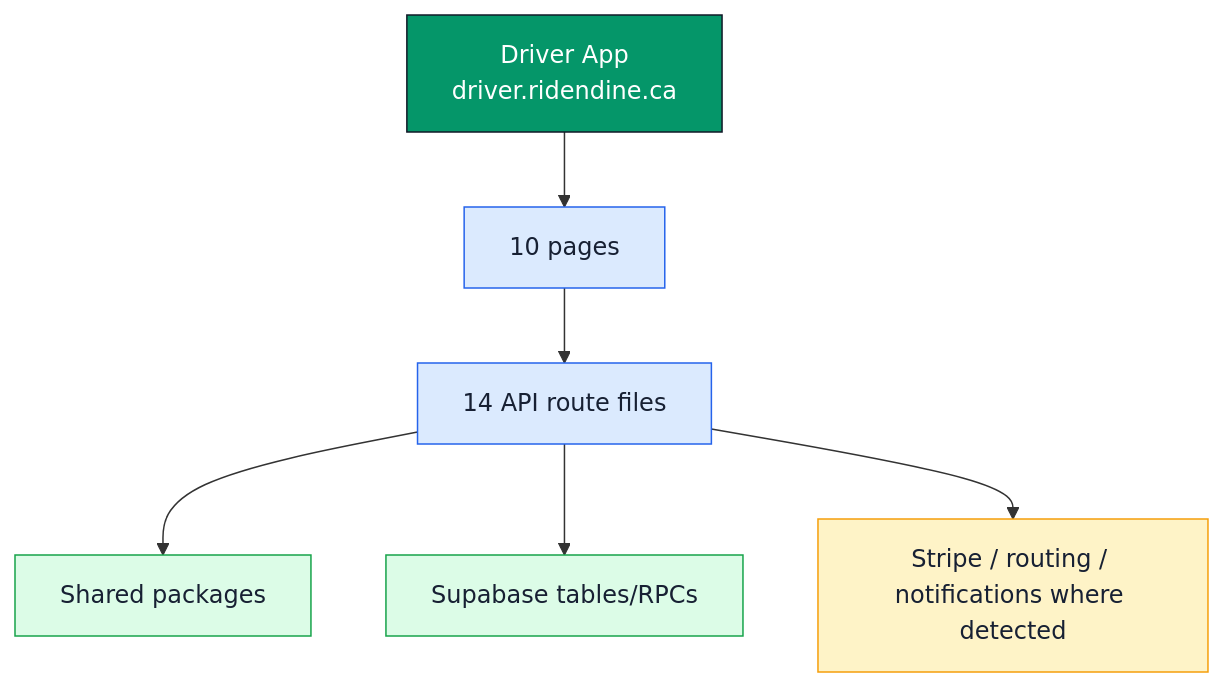
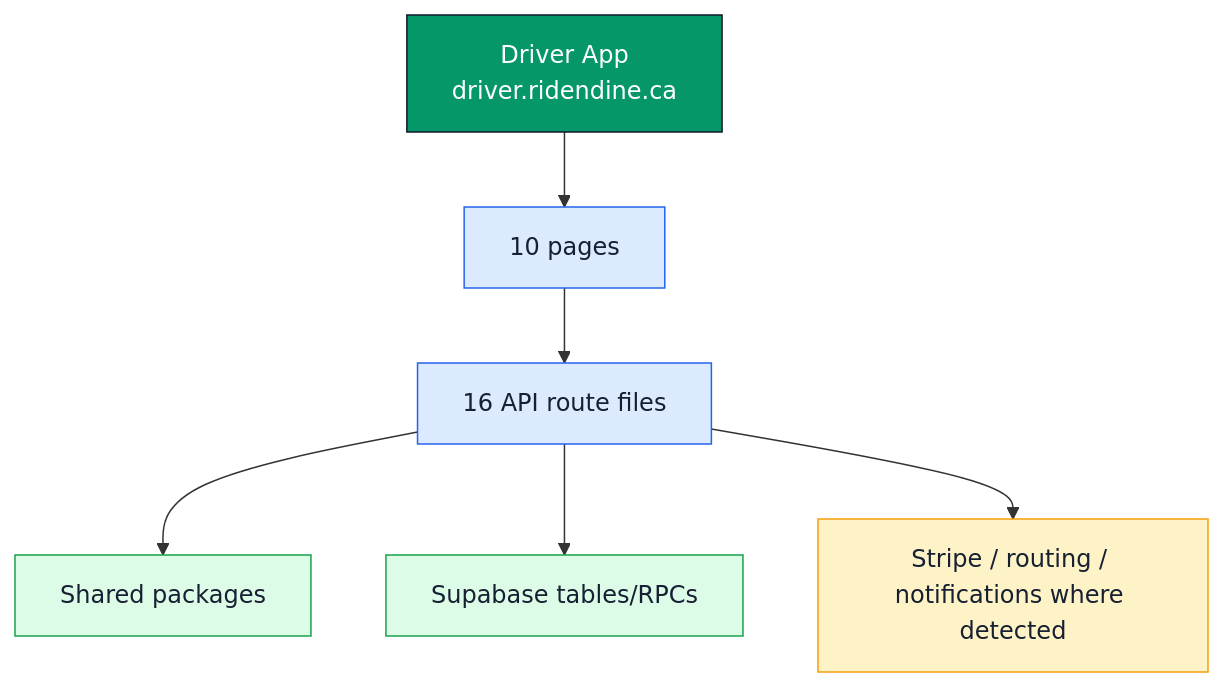
One commit to Ritenoob/ridendine-marketplace changed the diagram in docs/architecture/codebase-map/apps/driver-app.md. Above: the diagram before and after it, drawn with Mermaid. The commit also changed other lines of this file and 50 other files, not shown here.

````diff
--- a/docs/architecture/codebase-map/apps/driver-app.md
+++ b/docs/architecture/codebase-map/apps/driver-app.md
@@ -20,18 +20,18 @@
 ```mermaid
 flowchart TB
   classDef app fill:#059669,stroke:#111827,color:#ffffff
   classDef api fill:#dbeafe,stroke:#2563eb,color:#172033
   classDef data fill:#dcfce7,stroke:#16a34a,color:#172033
   classDef warn fill:#fef3c7,stroke:#f59e0b,color:#172033
   App["Driver App<br/>driver.ridendine.ca"]:::app
   Pages["10 pages"]:::api
-  APIs["14 API route files"]:::api
+  APIs["16 API route files"]:::api
   Shared["Shared packages"]:::data
   DB["Supabase tables/RPCs"]:::data
   External["Stripe / routing / notifications where detected"]:::warn
   App --> Pages
   Pages --> APIs
   APIs --> Shared
   APIs --> DB
   APIs --> External
 ```
````
